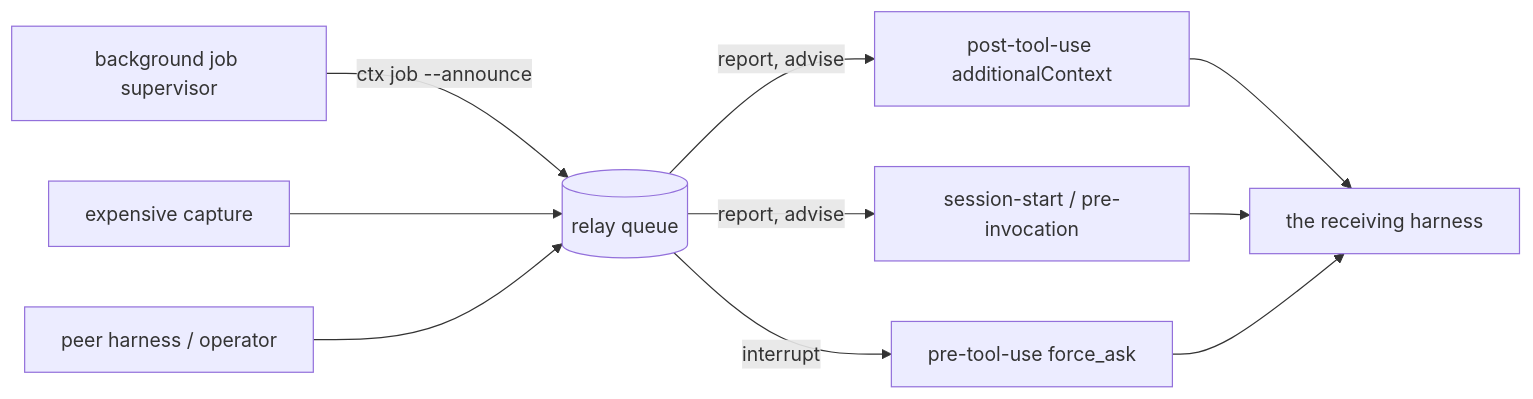
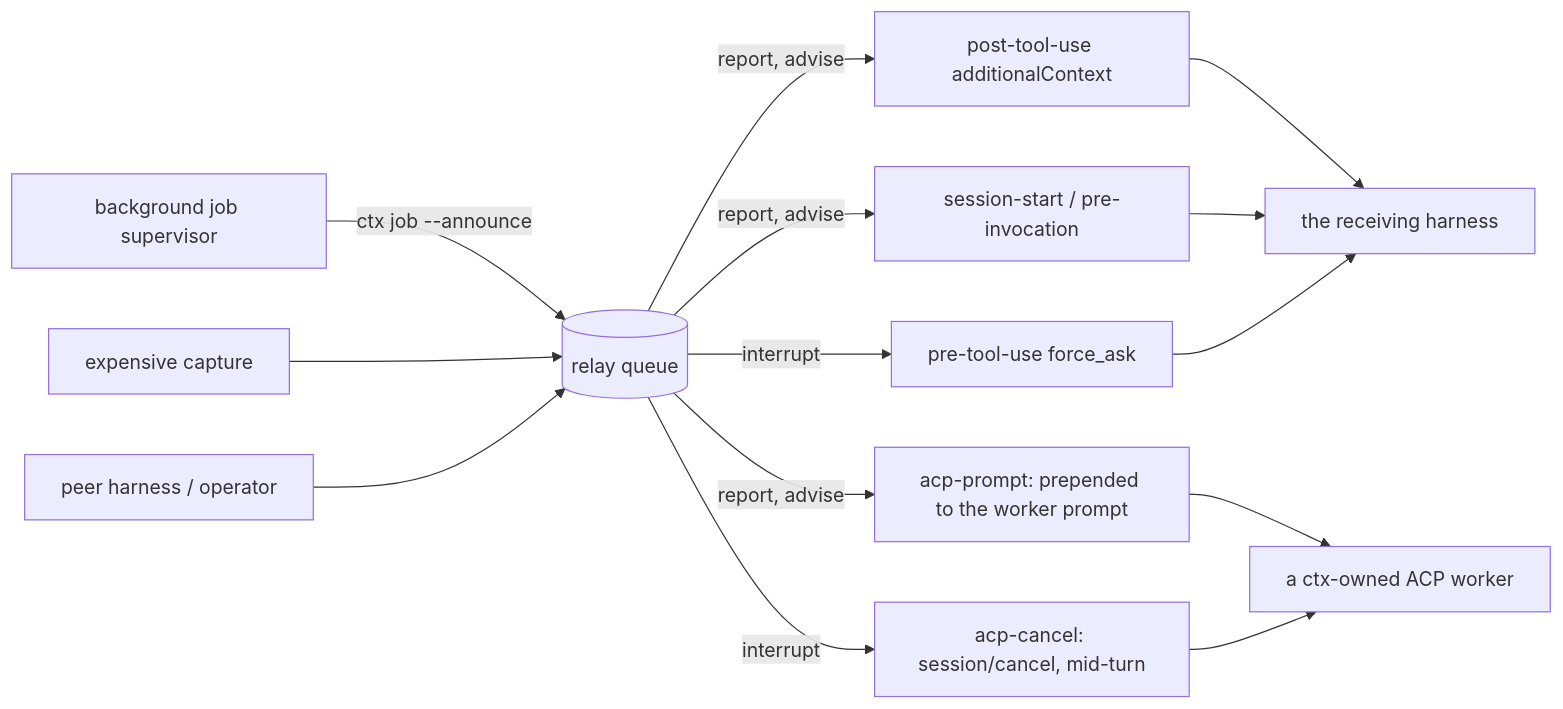
The diagram in spec/adr/008-cross-harness-relay.md (vamsiramakrishnan/straitjacket), drawn with Mermaid before and after one commit. The commit also changed other lines of this file and 9 other files, not shown here.

````diff
--- a/spec/adr/008-cross-harness-relay.md
+++ b/spec/adr/008-cross-harness-relay.md
@@ -46,12 +46,16 @@
 ```mermaid
 flowchart LR
     J[background job supervisor] -->|ctx job --announce| Q[(relay queue)]
     D[expensive capture] --> Q
     A[peer harness / operator] --> Q
     Q -->|report, advise| P1[post-tool-use additionalContext]
     Q -->|report, advise| P2[session-start / pre-invocation]
     Q -->|interrupt| P3[pre-tool-use force_ask]
+    Q -->|report, advise| P4[acp-prompt: prepended to the worker prompt]
+    Q -->|interrupt| P5[acp-cancel: session/cancel, mid-turn]
     P1 --> H[the receiving harness]
     P2 --> H
     P3 --> H
+    P4 --> W[a ctx-owned ACP worker]
+    P5 --> W
 ```
````
